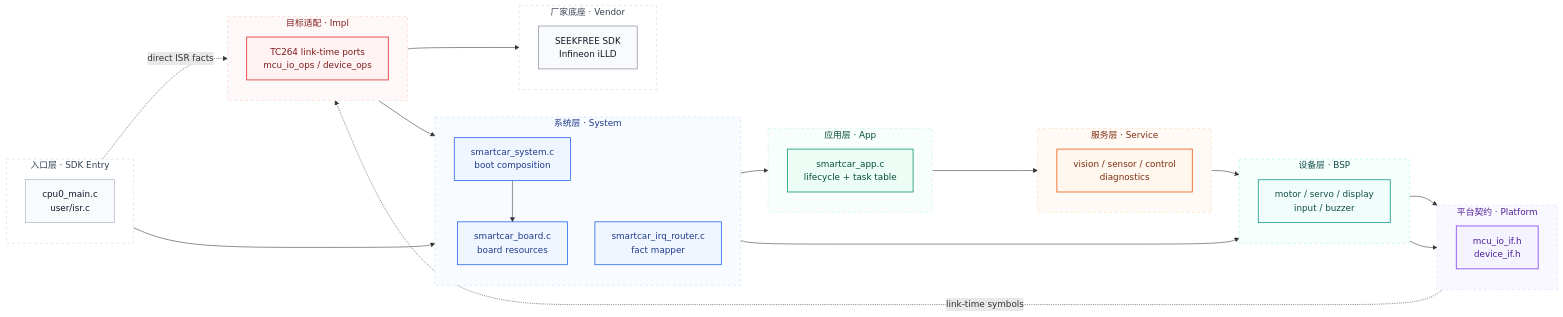
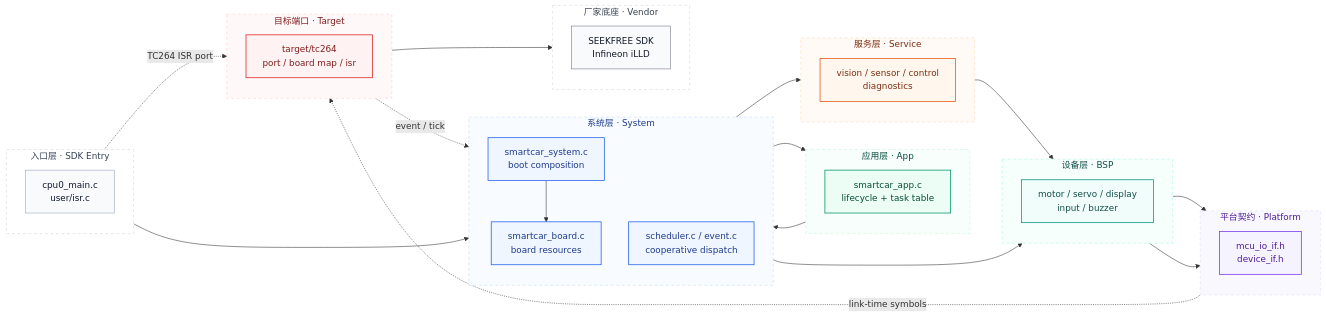
The first of 2 diagrams in README.md (ParacosmYy/GS_Smart_car), drawn with Mermaid before and after one commit. The commit also changed other lines of this file and 22 other files, not shown here.

````diff
--- a/README.md
+++ b/README.md
@@ -14,76 +14,77 @@
 ```mermaid
 flowchart LR
     subgraph L0["入口层 · SDK Entry"]
         direction TB
         ENTRY["cpu0_main.c<br/>user/isr.c"]
     end
 
     subgraph L1["系统层 · System"]
         direction TB
         RUNTIME["smartcar_system.c<br/>boot composition"]
-        IRQ["smartcar_irq_router.c<br/>fact mapper"]
         BOARD["smartcar_board.c<br/>board resources"]
+        SCHED["scheduler.c / event.c<br/>cooperative dispatch"]
     end
 
     subgraph L2["应用层 · App"]
         direction TB
         APP["smartcar_app.c<br/>lifecycle + task table"]
     end
 
     subgraph L3["服务层 · Service"]
         direction TB
         SERVICE["vision / sensor / control<br/>diagnostics"]
     end
 
     subgraph L3B["设备层 · BSP"]
         direction TB
         BSP["motor / servo / display<br/>input / buzzer"]
     end
 
     subgraph L4["平台契约 · Platform"]
         direction TB
         PORT["mcu_io_if.h<br/>device_if.h"]
     end
 
-    subgraph L5["目标适配 · Impl"]
+    subgraph L5["目标端口 · Target"]
         direction TB
-        TC264["TC264 link-time ports<br/>mcu_io_ops / device_ops"]
+        TC264["target/tc264<br/>port / board map / isr"]
     end
 
     subgraph L6["厂家底座 · Vendor"]
         direction TB
         SDK["SEEKFREE SDK<br/>Infineon iLLD"]
     end
 
-    ENTRY --> RUNTIME --> APP --> SERVICE --> BSP --> PORT
+    ENTRY --> RUNTIME --> APP --> SCHED --> SERVICE --> BSP --> PORT
     RUNTIME --> BOARD --> BSP --> PORT
     PORT -. "link-time symbols" .-> TC264 --> SDK
-    ENTRY -. "direct ISR facts" .-> TC264 --> IRQ
+    ENTRY -. "TC264 ISR port" .-> TC264
+    TC264 -. "event / tick" .-> SCHED
 
     class ENTRY entry
-    class RUNTIME,IRQ,BOARD system
+    class RUNTIME,BOARD,SCHED system
     class APP app
     class SERVICE service
     class BSP bsp
     class PORT platform
     class TC264 impl
     class SDK vendor
 
     classDef entry fill:#f8fafc,stroke:#94a3b8,color:#0f172a,stroke-width:1px;
     classDef system fill:#eff6ff,stroke:#2563eb,color:#1e3a8a,stroke-width:1.4px;
     classDef app fill:#ecfdf5,stroke:#059669,color:#064e3b,stroke-width:1.4px;
     classDef service fill:#fff7ed,stroke:#ea580c,color:#7c2d12,stroke-width:1.4px;
     classDef bsp fill:#f0fdfa,stroke:#0d9488,color:#134e4a,stroke-width:1.4px;
     classDef platform fill:#f5f3ff,stroke:#7c3aed,color:#4c1d95,stroke-width:1.4px;
     classDef impl fill:#fef2f2,stroke:#dc2626,color:#7f1d1d,stroke-width:1.4px;
     classDef vendor fill:#f9fafb,stroke:#6b7280,color:#111827,stroke-width:1px;
 
     style L0 fill:#ffffff,stroke:#cbd5e1,stroke-dasharray:5 5,color:#334155;
     style L1 fill:#f8fbff,stroke:#bfdbfe,stroke-dasharray:5 5,color:#1e3a8a;
     style L2 fill:#f7fefb,stroke:#bbf7d0,stroke-dasharray:5 5,color:#064e3b;
     style L3 fill:#fffaf5,stroke:#fed7aa,stroke-dasharray:5 5,color:#7c2d12;
     style L3B fill:#f7fffd,stroke:#99f6e4,stroke-dasharray:5 5,color:#134e4a;
     style L4 fill:#faf8ff,stroke:#ddd6fe,stroke-dasharray:5 5,color:#4c1d95;
     style L5 fill:#fff8f8,stroke:#fecaca,stroke-dasharray:5 5,color:#7f1d1d;
     style L6 fill:#ffffff,stroke:#d1d5db,stroke-dasharray:5 5,color:#374151;
 ```
````
